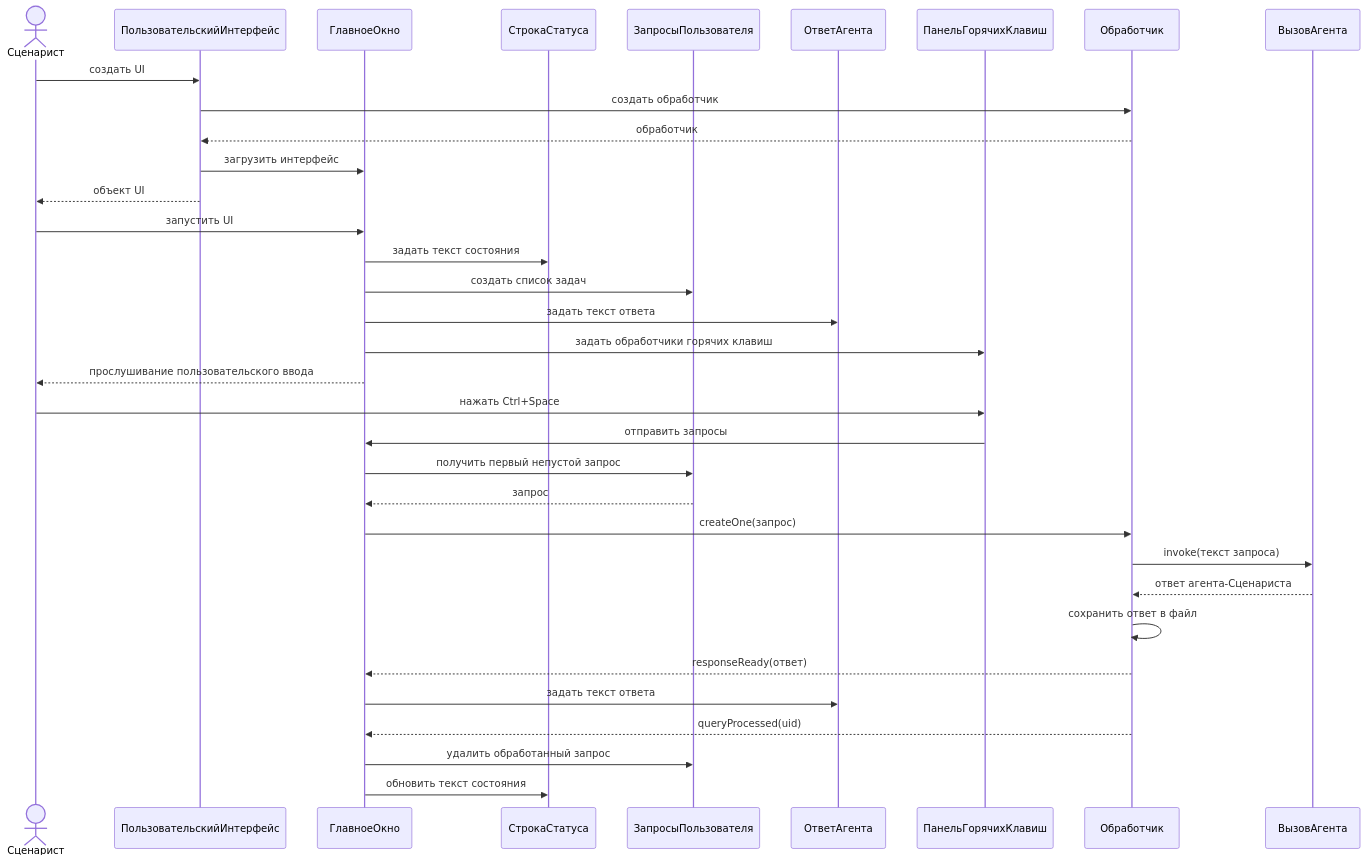
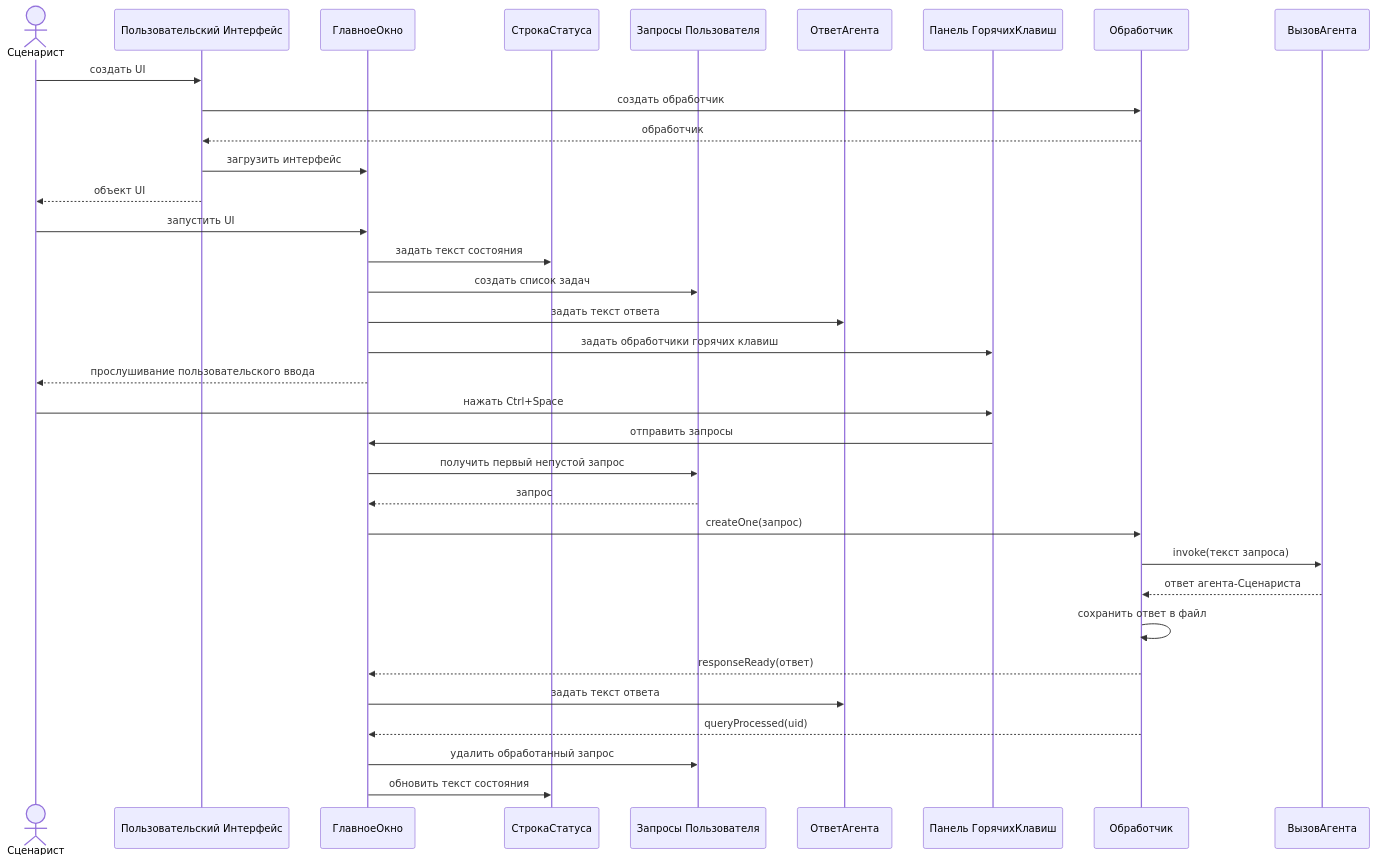
One commit to CHSU-scenarAIst/diagrammy changed the first of 3 diagrams in Пакет Интерфейс пользователя/2. Диаграмма последовательностей взаимодействия объектов классов пакета.md. Above: the diagram before and after it, drawn with Mermaid. The commit also changed other lines of this file and 8 other files, not shown here.

````diff
--- a/Пакет Интерфейс пользователя/2. Диаграмма последовательностей взаимодействия объектов классов пакета.md
+++ b/Пакет Интерфейс пользователя/2. Диаграмма последовательностей взаимодействия объектов классов пакета.md
@@ -15,39 +16,39 @@
 ```mermaid
 sequenceDiagram
     actor Сценарист
-    participant ПользовательскийИнтерфейс
+    participant Пользовательский Интерфейс
     participant ГлавноеОкно
     participant СтрокаСтатуса
-    participant ЗапросыПользователя
+    participant Запросы Пользователя
     participant ОтветАгента
-    participant ПанельГорячихКлавиш
+    participant Панель ГорячихКлавиш
     participant Обработчик
     participant ВызовАгента
 
- Сценарист->>ПользовательскийИнтерфейс: создать UI
-    ПользовательскийИнтерфейс->>Обработчик: создать обработчик
- Обработчик-->>ПользовательскийИнтерфейс: обработчик
- ПользовательскийИнтерфейс->>ГлавноеОкно: загрузить интерфейс
- ПользовательскийИнтерфейс-->>Сценарист: объект UI
+    Сценарист->>Пользовательский Интерфейс: создать UI
+	Пользовательский Интерфейс->>Обработчик: создать обработчик
+	Обработчик-->>Пользовательский Интерфейс: обработчик
+	Пользовательский Интерфейс->>ГлавноеОкно: загрузить интерфейс
+	Пользовательский Интерфейс-->>Сценарист: объект UI
     Сценарист->>ГлавноеОкно: запустить UI
 
     ГлавноеОкно->>СтрокаСтатуса: задать текст состояния
-    ГлавноеОкно->>ЗапросыПользователя: создать список задач
+    ГлавноеОкно->>Запросы Пользователя: создать список задач
     ГлавноеОкно->>ОтветАгента: задать текст ответа
-    ГлавноеОкно->>ПанельГорячихКлавиш: задать обработчики горячих клавиш
+    ГлавноеОкно->>Панель ГорячихКлавиш: задать обработчики горячих клавиш
     ГлавноеОкно-->>Сценарист: прослушивание пользовательского ввода
 
-    Сценарист->>ПанельГорячихКлавиш: нажать Ctrl+Space
-    ПанельГорячихКлавиш->>ГлавноеОкно: отправить запросы
-    ГлавноеОкно->>ЗапросыПользователя: получить первый непустой запрос
-    ЗапросыПользователя-->>ГлавноеОкно: запрос
+    Сценарист->>Панель ГорячихКлавиш: нажать Ctrl+Space
+    Панель ГорячихКлавиш->>ГлавноеОкно: отправить запросы
+    ГлавноеОкно->>Запросы Пользователя: получить первый непустой запрос
+    Запросы Пользователя-->>ГлавноеОкно: запрос
     ГлавноеОкно->>Обработчик: createOne(запрос)
     Обработчик->>ВызовАгента: invoke(текст запроса)
     ВызовАгента-->>Обработчик: ответ агента-Сценариста
     Обработчик->>Обработчик: сохранить ответ в файл
     Обработчик-->>ГлавноеОкно: responseReady(ответ)
     ГлавноеОкно->>ОтветАгента: задать текст ответа
     Обработчик-->>ГлавноеОкно: queryProcessed(uid)
-    ГлавноеОкно->>ЗапросыПользователя: удалить обработанный запрос
+    ГлавноеОкно->>Запросы Пользователя: удалить обработанный запрос
     ГлавноеОкно->>СтрокаСтатуса: обновить текст состояния
 ```
````
